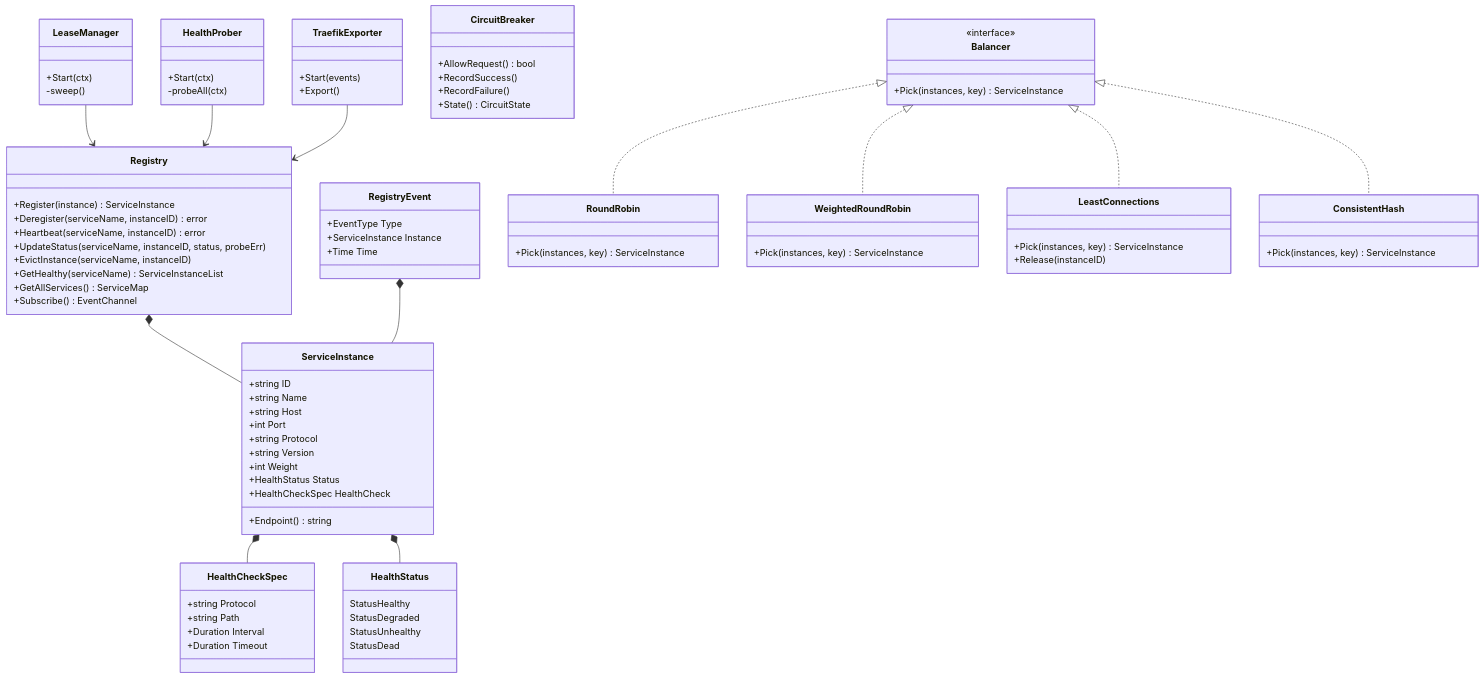
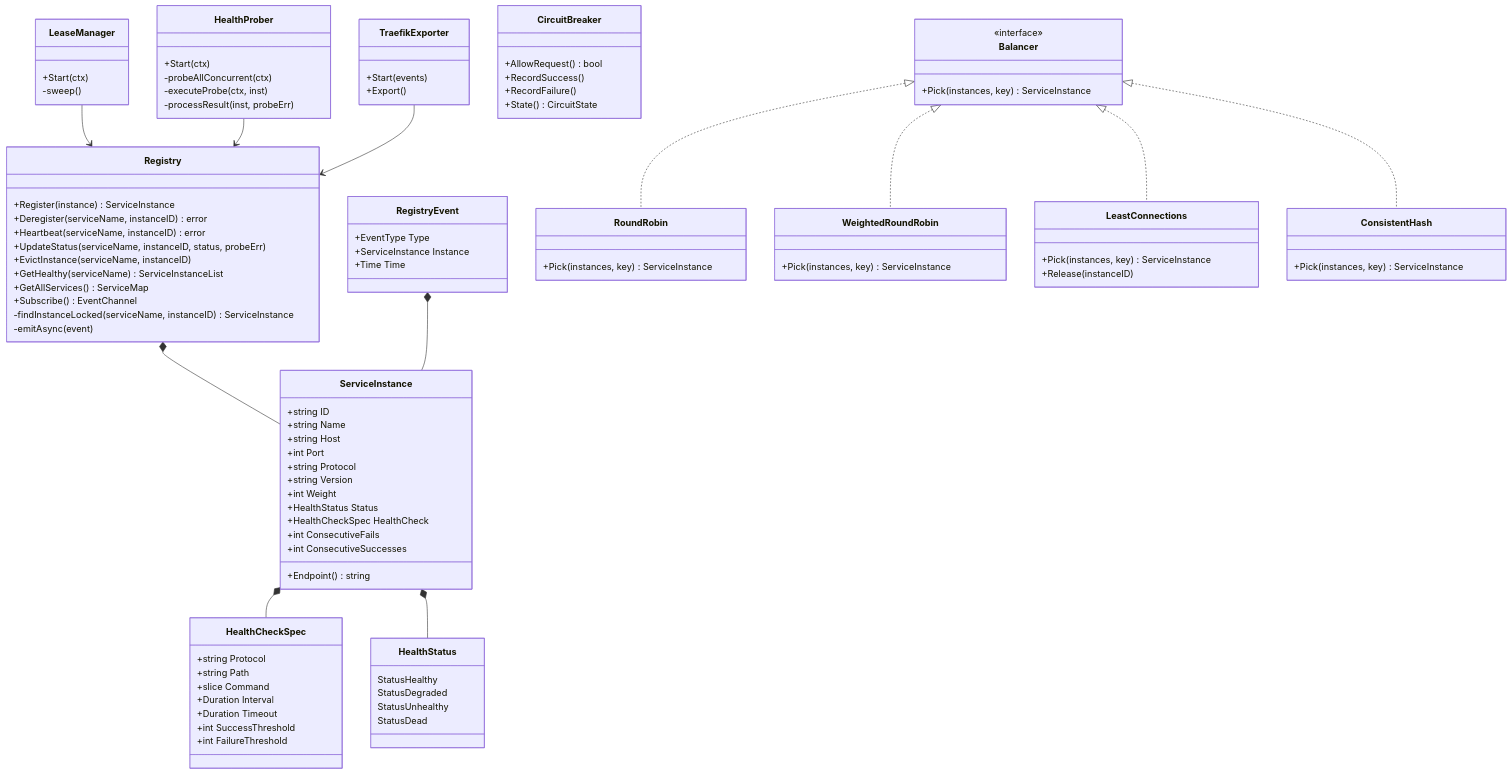
The third of 6 diagrams in packages/configs/llm-obs-infra/docs/architectureDoc/adr-0009-service-registry-and-discovery.md (Chief-Strategist-J/llm-observability-platform), drawn with Mermaid before and after one commit. The commit also changed other lines of this file and 10 other files, not shown here.

```diff
--- a/packages/configs/llm-obs-infra/docs/architectureDoc/adr-0009-service-registry-and-discovery.md
+++ b/packages/configs/llm-obs-infra/docs/architectureDoc/adr-0009-service-registry-and-discovery.md
@@ -187,14 +187,19 @@
         +int Weight
         +HealthStatus Status
         +HealthCheckSpec HealthCheck
+        +int ConsecutiveFails
+        +int ConsecutiveSuccesses
         +Endpoint() string
     }
 
     class HealthCheckSpec {
         +string Protocol
         +string Path
+        +slice Command
         +Duration Interval
         +Duration Timeout
+        +int SuccessThreshold
+        +int FailureThreshold
     }
 
     class HealthStatus {
@@ -219,6 +224,8 @@
         +GetHealthy(serviceName) ServiceInstanceList
         +GetAllServices() ServiceMap
         +Subscribe() EventChannel
+        -findInstanceLocked(serviceName, instanceID) ServiceInstance
+        -emitAsync(event)
     }
 
     class LeaseManager {
@@ -228,7 +235,9 @@
 
     class HealthProber {
         +Start(ctx)
-        -probeAll(ctx)
+        -probeAllConcurrent(ctx)
+        -executeProbe(ctx, inst)
+        -processResult(inst, probeErr)
     }
 
     class Balancer {
```
